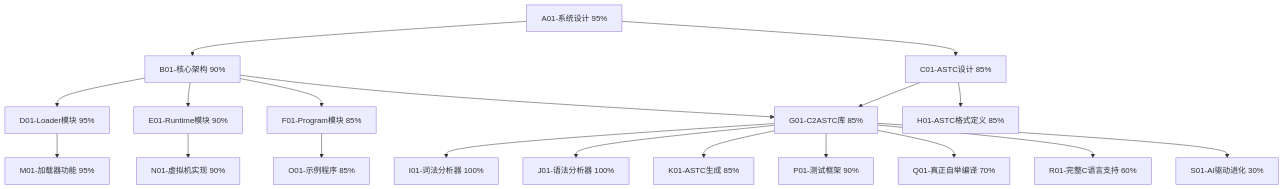
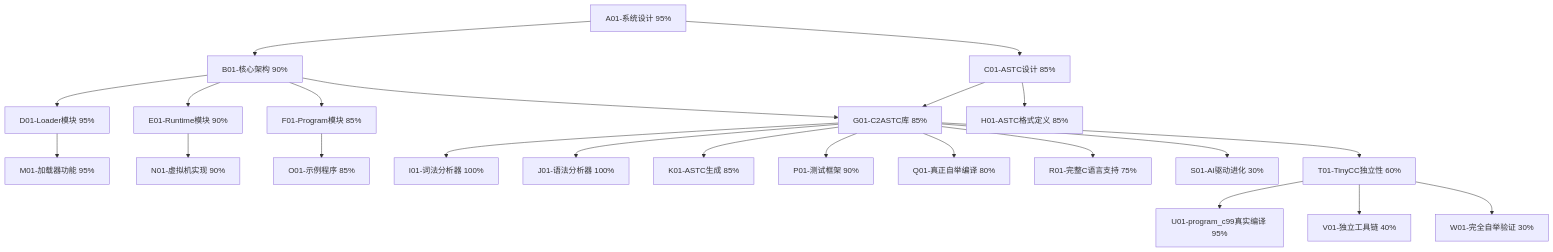
One commit to wanjochan/self-evolve-ai changed the diagram in docs/plan.md. Above: the diagram before and after it, drawn with Mermaid. The commit also changed other lines of this file and 83 other files, not shown here.

````diff
--- a/docs/plan.md
+++ b/docs/plan.md
@@ -8,27 +8,32 @@
 ```mermaid
 graph TD
     A[A01-系统设计 95%] --> B[B01-核心架构 90%]
     A --> C[C01-ASTC设计 85%]
 
     B --> D[D01-Loader模块 95%]
     B --> E[E01-Runtime模块 90%]
     B --> F[F01-Program模块 85%]
     B --> G[G01-Evolver0自举编译器 85%]
 
     C --> G[G01-C2ASTC库 85%]
     C --> H[H01-ASTC格式定义 85%]
 
     G --> I[I01-词法分析器 100%]
     G --> J[J01-语法分析器 100%]
     G --> K[K01-ASTC生成 85%]
 
     D --> M[M01-加载器功能 95%]
     E --> N[N01-虚拟机实现 90%]
     F --> O[O01-示例程序 85%]
 
     G --> P[P01-测试框架 90%]
 
-    G --> Q[Q01-真正自举编译 70%]
-    G --> R[R01-完整C语言支持 60%]
+    G --> Q[Q01-真正自举编译 80%]
+    G --> R[R01-完整C语言支持 75%]
     G --> S[S01-AI驱动进化 30%]
+    G --> T[T01-TinyCC独立性 60%]
+
+    T --> U[U01-program_c99真实编译 95%]
+    T --> V[V01-独立工具链 40%]
+    T --> W[W01-完全自举验证 30%]
 ```
````
